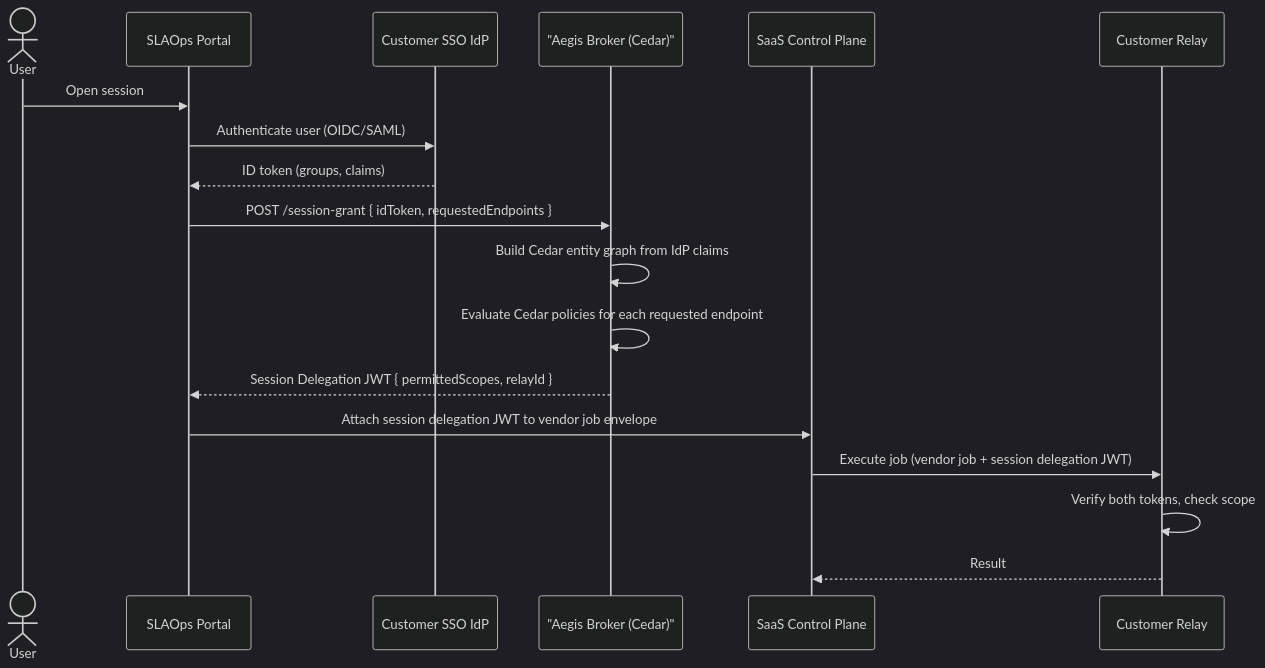
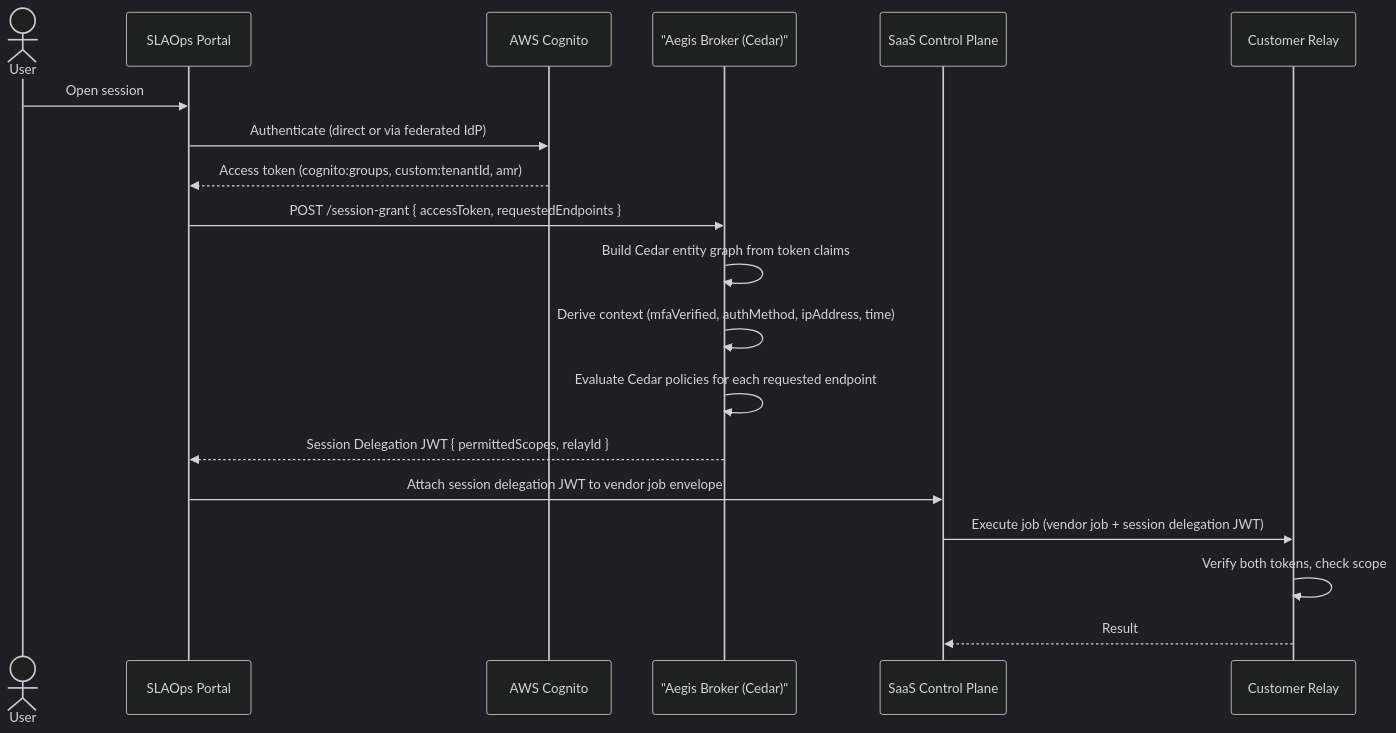
One commit to derrickfutschik/derrops-lib changed the diagram in apps/slaops-docs/design/cloud-relay/aegis-cedar-policy.md. Above: the diagram before and after it, drawn with Mermaid (dark theme). The commit also changed other lines of this file, not shown here.

Commit message:
building out the cedar policy

````diff
--- a/apps/slaops-docs/design/cloud-relay/aegis-cedar-policy.md
+++ b/apps/slaops-docs/design/cloud-relay/aegis-cedar-policy.md
@@ -312,21 +571,22 @@
 ```mermaid
 sequenceDiagram
     actor User
     participant Portal as SLAOps Portal
-    participant IdP as Customer SSO IdP
+    participant Cognito as AWS Cognito
     participant Aegis as "Aegis Broker (Cedar)"
     participant CP as SaaS Control Plane
     participant Relay as Customer Relay
 
     User->>Portal: Open session
-    Portal->>IdP: Authenticate user (OIDC/SAML)
-    IdP-->>Portal: ID token (groups, claims)
-    Portal->>Aegis: POST /session-grant { idToken, requestedEndpoints }
-    Aegis->>Aegis: Build Cedar entity graph from IdP claims
+    Portal->>Cognito: Authenticate (direct or via federated IdP)
+    Cognito-->>Portal: Access token (cognito:groups, custom:tenantId, amr)
+    Portal->>Aegis: POST /session-grant { accessToken, requestedEndpoints }
+    Aegis->>Aegis: Build Cedar entity graph from token claims
+    Aegis->>Aegis: Derive context (mfaVerified, authMethod, ipAddress, time)
     Aegis->>Aegis: Evaluate Cedar policies for each requested endpoint
     Aegis-->>Portal: Session Delegation JWT { permittedScopes, relayId }
     Portal->>CP: Attach session delegation JWT to vendor job envelope
     CP->>Relay: Execute job (vendor job + session delegation JWT)
     Relay->>Relay: Verify both tokens, check scope
     Relay-->>CP: Result
 ```
````
